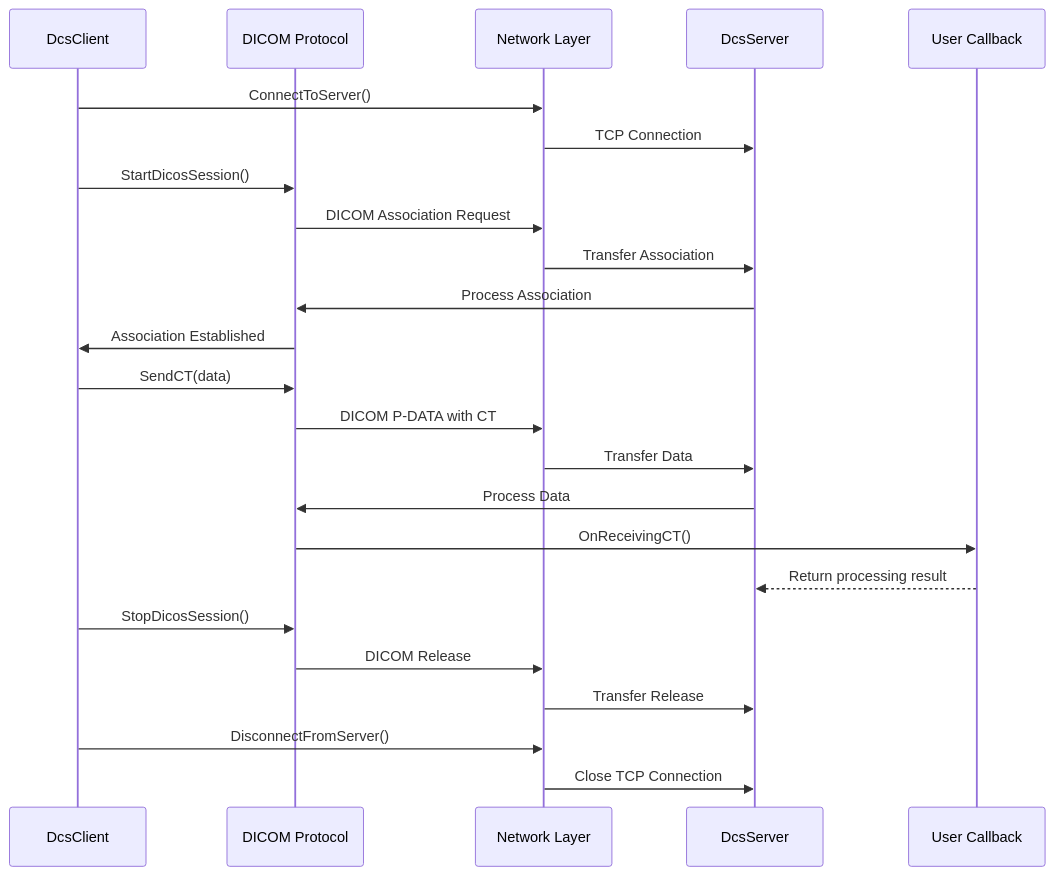
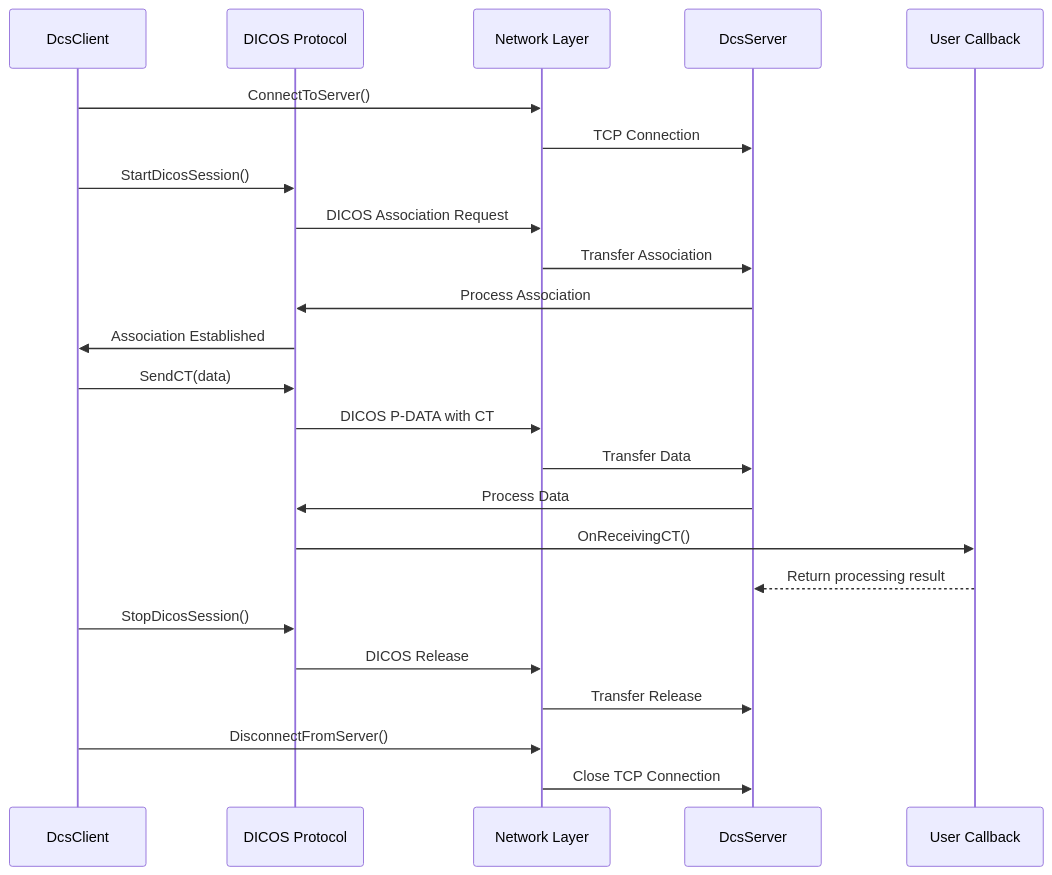
One commit to Auxilia-tech/Auxilia-tech.github.io changed the third of 3 diagrams in 03_network_communication_.md. Above: the diagram before and after it, drawn with Mermaid. The commit also changed other lines of this file and 7 other files, not shown here.

Commit message:
:art: Corrected pyDICOS vs pydicos and DICOS vs DICOM typos

````diff
--- a/03_network_communication_.md
+++ b/03_network_communication_.md
@@ -243,27 +243,27 @@
 ```mermaid
 sequenceDiagram
     participant Client as DcsClient
-    participant DICOM as DICOM Protocol
+    participant DICOS as DICOS Protocol
     participant Network as Network Layer
     participant Server as DcsServer
     participant Callback as User Callback
     
     Client->>Network: ConnectToServer()
     Network->>Server: TCP Connection
-    Client->>DICOM: StartDicosSession()
-    DICOM->>Network: DICOM Association Request
+    Client->>DICOS: StartDicosSession()
+    DICOS->>Network: DICOS Association Request
     Network->>Server: Transfer Association
-    Server->>DICOM: Process Association
-    DICOM->>Client: Association Established
-    Client->>DICOM: SendCT(data)
-    DICOM->>Network: DICOM P-DATA with CT
+    Server->>DICOS: Process Association
+    DICOS->>Client: Association Established
+    Client->>DICOS: SendCT(data)
+    DICOS->>Network: DICOS P-DATA with CT
     Network->>Server: Transfer Data
-    Server->>DICOM: Process Data
-    DICOM->>Callback: OnReceivingCT()
+    Server->>DICOS: Process Data
+    DICOS->>Callback: OnReceivingCT()
     Callback-->>Server: Return processing result
-    Client->>DICOM: StopDicosSession()
-    DICOM->>Network: DICOM Release
+    Client->>DICOS: StopDicosSession()
+    DICOS->>Network: DICOS Release
     Network->>Server: Transfer Release
     Client->>Network: DisconnectFromServer()
     Network->>Server: Close TCP Connection
 ```
````
